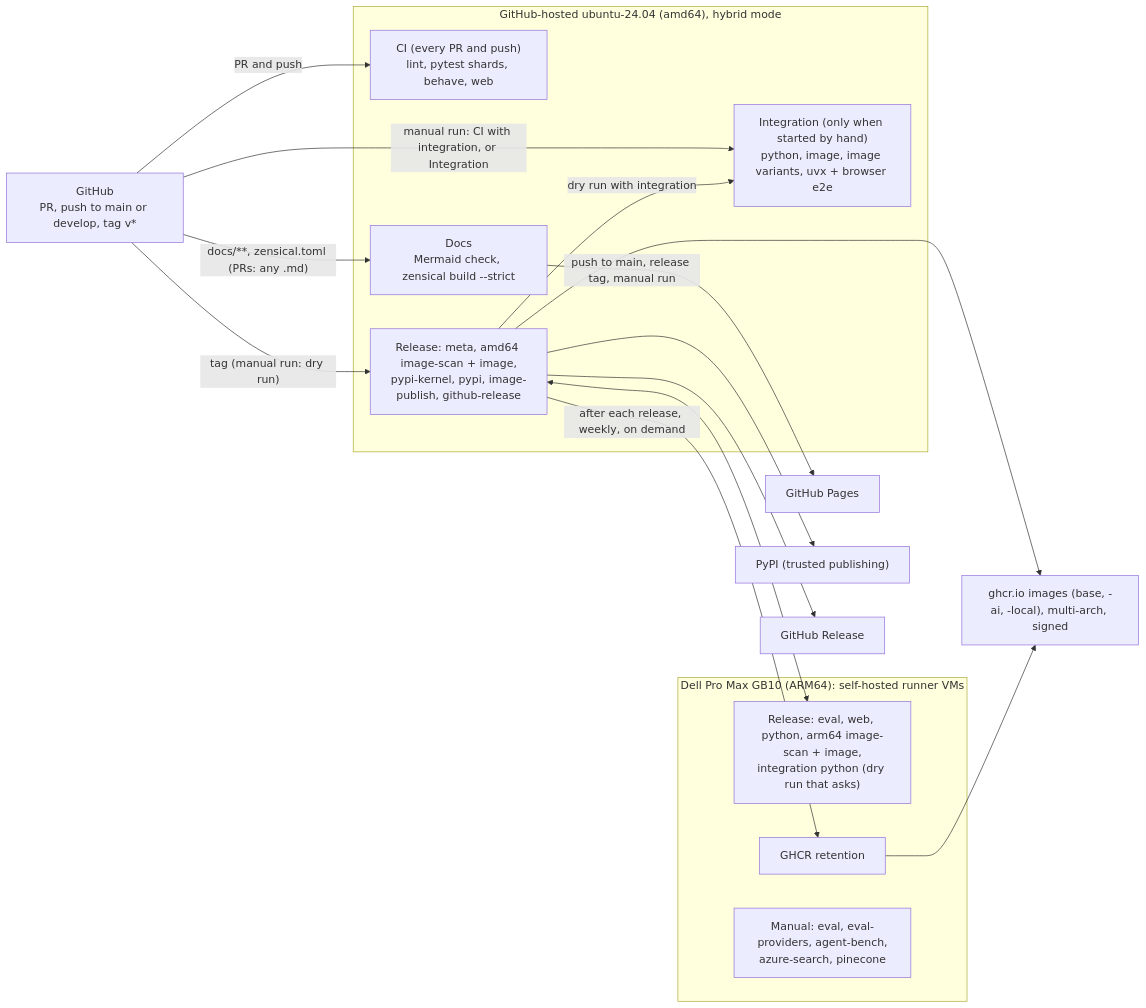
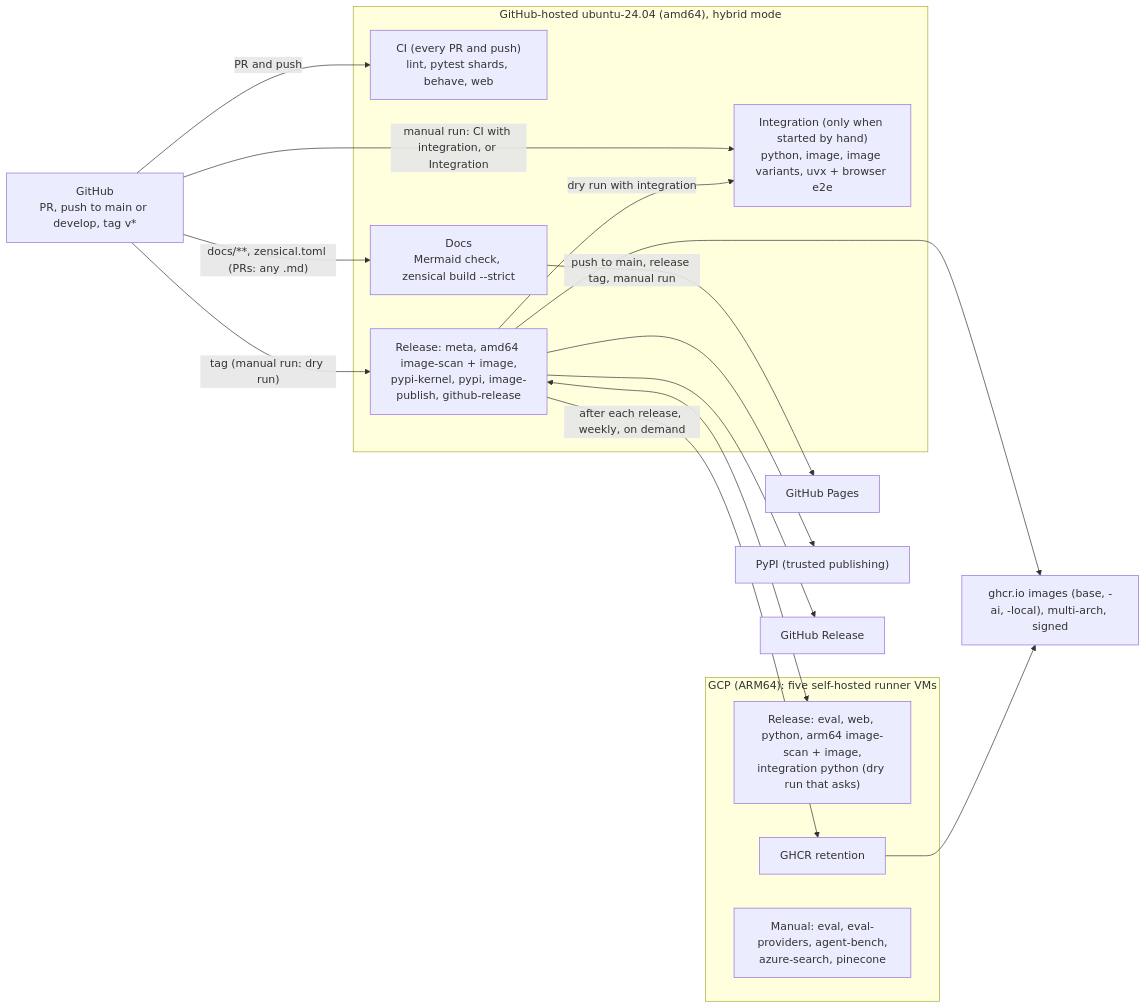
One commit to SirCypkowskyy/ExactDocs changed the diagram in docs/releasing/runners.md. Above: the diagram before and after it, drawn with Mermaid. The commit also changed other lines of this file and 22 other files, not shown here.

First line of the commit message:
ci: every self-hosted job asks for the GCP runners, and forks stay on hosted ones (#533)

````diff
--- a/docs/releasing/runners.md
+++ b/docs/releasing/runners.md
@@ -55,27 +59,27 @@
 ```mermaid
 flowchart LR
     gh["GitHub<br/>PR, push to main or develop, tag v*"]
     subgraph hosted ["GitHub-hosted ubuntu-24.04 (amd64), hybrid mode"]
         ci["CI (every PR and push)<br/>lint, pytest shards, behave, web"]
         integ["Integration (only when started by hand)<br/>python, image, image variants, uvx + browser e2e"]
         docs["Docs<br/>Mermaid check, zensical build --strict"]
         relh["Release: meta, amd64 image-scan + image,<br/>pypi-kernel, pypi, image-publish, github-release"]
     end
-    subgraph gb10 ["Dell Pro Max GB10 (ARM64): self-hosted runner VMs"]
+    subgraph gcp ["GCP (ARM64): five self-hosted runner VMs"]
         rels["Release: eval, web, python, arm64 image-scan + image,<br/>integration python (dry run that asks)"]
         ret["GHCR retention"]
         manual["Manual: eval, eval-providers, agent-bench,<br/>azure-search, pinecone"]
     end
     gh -->|PR and push| ci
     gh -->|"manual run: CI with integration, or Integration"| integ
     relh -->|"dry run with integration"| integ
     gh -->|"docs/**, zensical.toml (PRs: any .md)"| docs
     gh -->|"tag (manual run: dry run)"| relh
     relh <--> rels
     relh -->|after each release, weekly, on demand| ret
     docs -->|"push to main, release tag, manual run"| pages["GitHub Pages"]
     relh --> pypi["PyPI (trusted publishing)"]
     relh --> ghcr["ghcr.io images (base, -ai, -local), multi-arch, signed"]
     relh --> ghrel["GitHub Release"]
     ret --> ghcr
 ```
````
